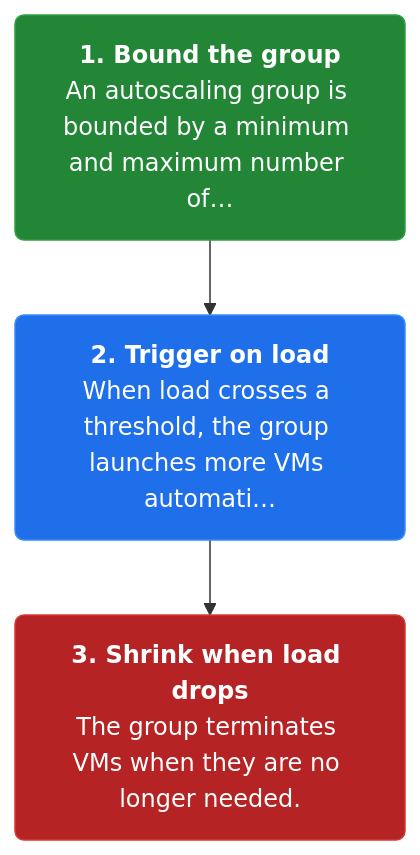
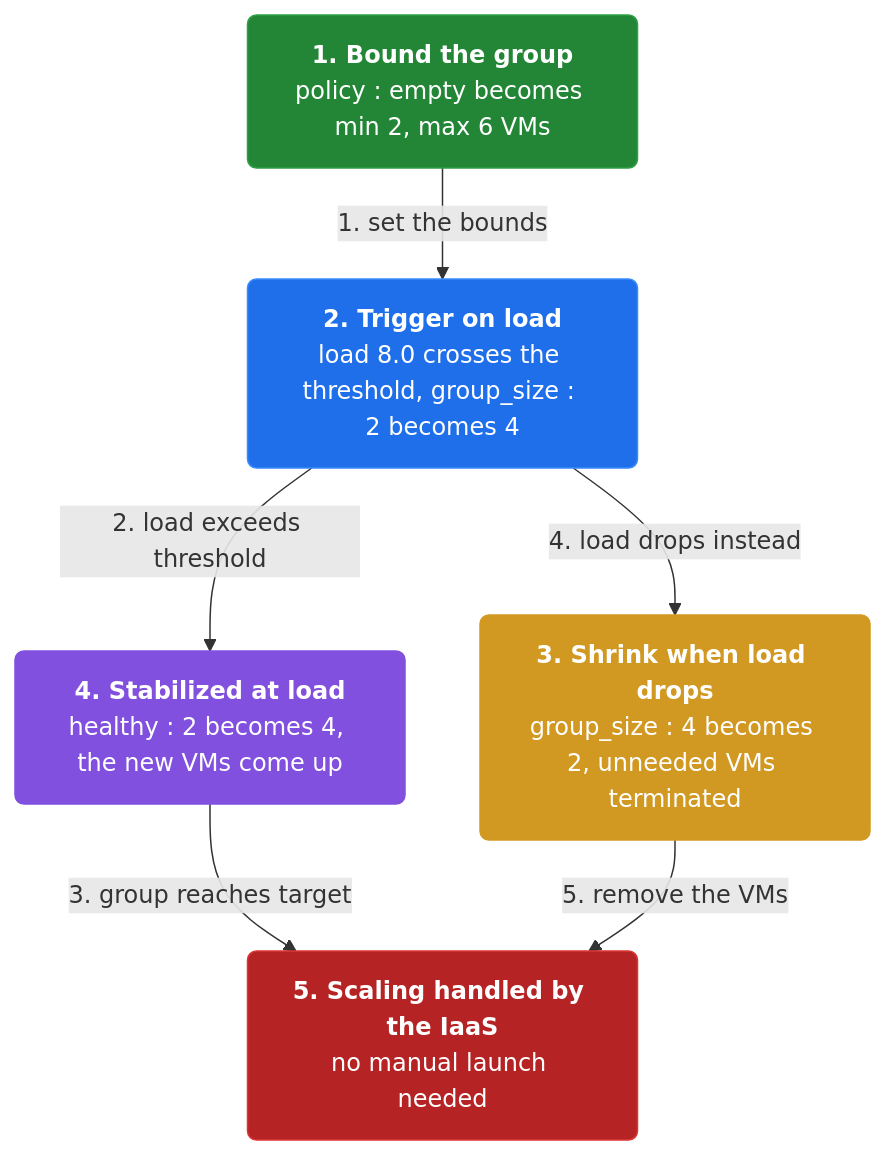
Before and after one commit to vinayakuber/microservices-io-study-guide: the third of 4 diagrams in docs/ch38-service-per-vm.md, drawn with Mermaid. The commit also changed other lines of this file and 46 other files, not shown here.

First line of the commit message:
Author rich branching flow diagrams for all 44 chapters

````diff
--- a/docs/ch38-service-per-vm.md
+++ b/docs/ch38-service-per-vm.md
@@ -87,11 +101,18 @@
 ```mermaid
 flowchart TD
-  classDef step fill:#1f6feb,color:#ffffff,stroke:#388bfd,stroke-width:1px,rx:6
+  classDef step fill:#1f6feb,color:#ffffff,stroke:#388bfd,rx:6
+  classDef core fill:#8250df,color:#ffffff,stroke:#8250df,rx:6
+  classDef warn fill:#d29922,color:#ffffff,stroke:#d29922,rx:6
   classDef start fill:#238636,color:#ffffff,stroke:#2ea043,rx:6
   classDef stop fill:#b62324,color:#ffffff,stroke:#da3633,rx:6
-  s2n0["<b>1. Bound the group</b><br/>An autoscaling group is bounded by a minimum and maximum number of…"]:::start
-  s2n1["<b>2. Trigger on load</b><br/>When load crosses a threshold, the group launches more VMs automati…"]:::step
-  s2n2["<b>3. Shrink when load drops</b><br/>The group terminates VMs when they are no longer needed."]:::stop
-  s2n0 --> s2n1
-  s2n1 --> s2n2
+  n0["<b>1. Bound the group</b><br/>policy : empty becomes min 2, max 6 VMs"]:::start
+  n1["<b>2. Trigger on load</b><br/>load 8.0 crosses the threshold, group_size : 2 becomes 4"]:::step
+  n2["<b>3. Shrink when load drops</b><br/>group_size : 4 becomes 2, unneeded VMs terminated"]:::warn
+  n3["<b>4. Stabilized at load</b><br/>healthy : 2 becomes 4, the new VMs come up"]:::core
+  n4["<b>5. Scaling handled by the IaaS</b><br/>no manual launch needed"]:::stop
+  n0 -->|"1. set the bounds"| n1
+  n1 -->|"2. load exceeds threshold"| n3
+  n3 -->|"3. group reaches target"| n4
+  n1 -->|"4. load drops instead"| n2
+  n2 -->|"5. remove the VMs"| n4
 ```
````
